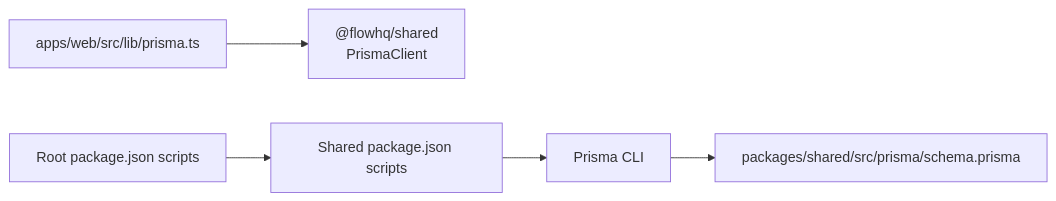
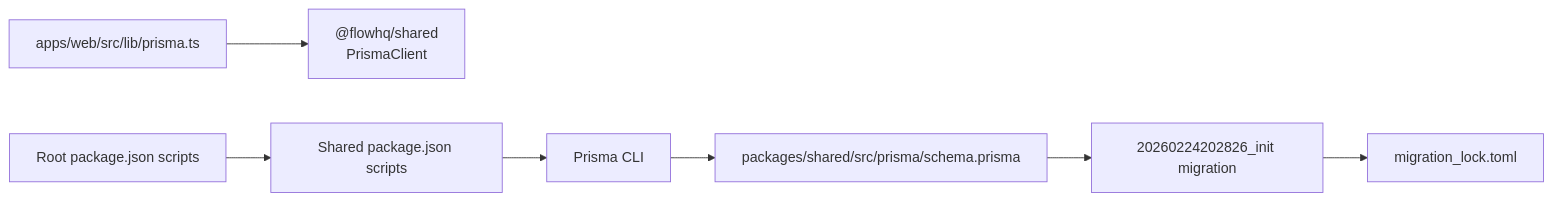
Before and after one commit to askchiwa-spec/FLOW-HQ-BOT: the seventh of 7 diagrams in .qoder/repowiki/en/content/Database Design/Migrations and Schema Evolution.md, drawn with Mermaid. The commit also changed other lines of this file and 38 other files, not shown here.

````diff
--- a/.qoder/repowiki/en/content/Database Design/Migrations and Schema Evolution.md
+++ b/.qoder/repowiki/en/content/Database Design/Migrations and Schema Evolution.md
@@ -299,7 +399,9 @@
 ```mermaid
 graph LR
 WebApp["apps/web/src/lib/prisma.ts"] --> SharedPkg["@flowhq/shared<br/>PrismaClient"]
 RootScripts["Root package.json scripts"] --> SharedScripts["Shared package.json scripts"]
 SharedScripts --> PrismaCLI["Prisma CLI"]
 PrismaCLI --> Schema["packages/shared/src/prisma/schema.prisma"]
+Schema --> InitialMigration["20260224202826_init migration"]
+InitialMigration --> MigrationLock["migration_lock.toml"]
 ```
````
